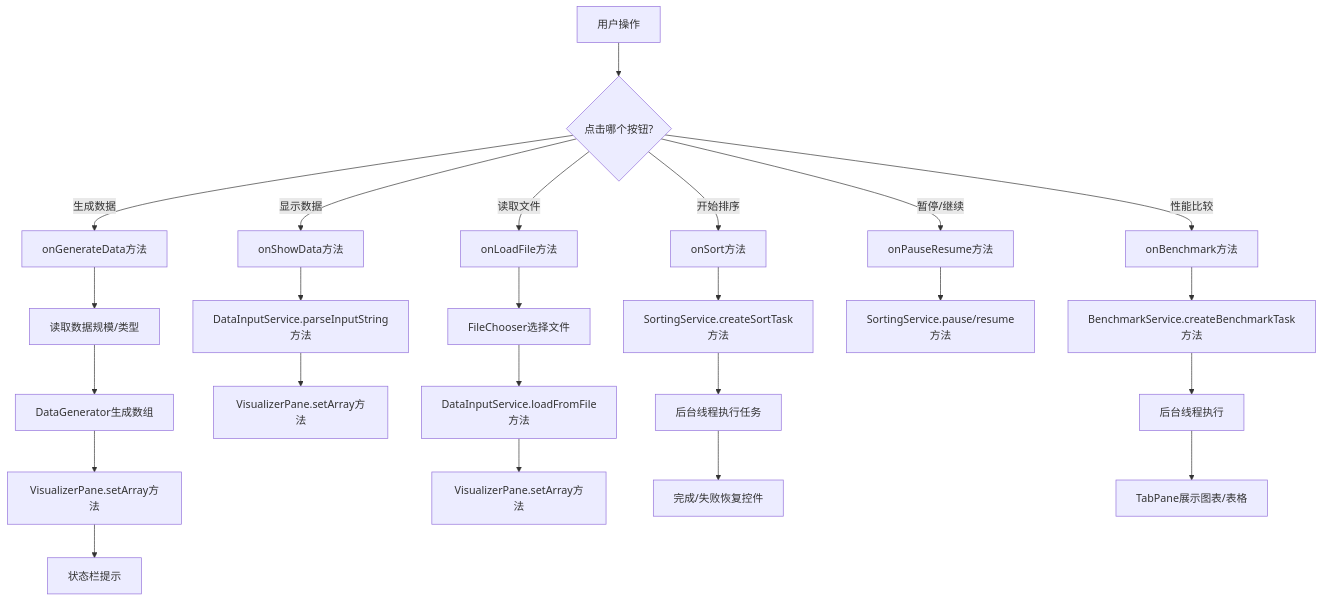
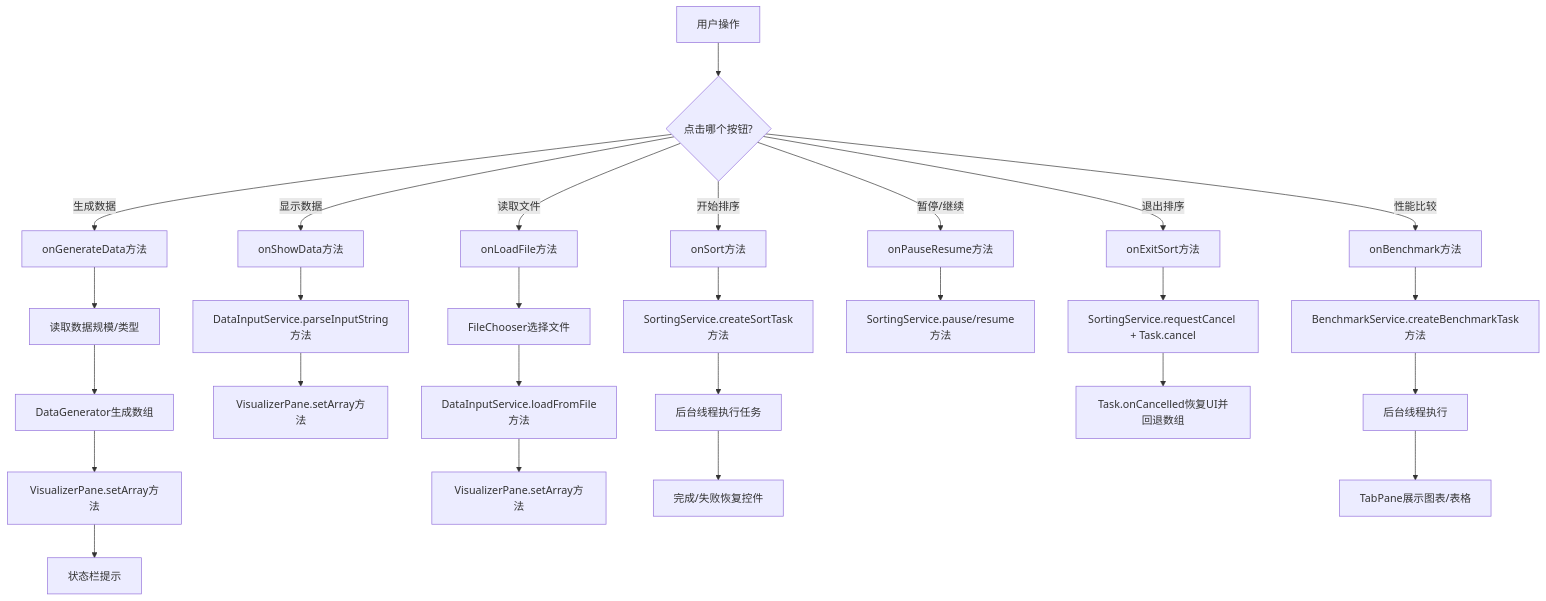
The second of 16 diagrams in 详细设计与编码调试分析_中文版.md (emmm-2333/sorting-visualizer-java), drawn with Mermaid before and after one commit. The commit also changed other lines of this file and 2 other files, not shown here.

````diff
--- a/详细设计与编码调试分析_中文版.md
+++ b/详细设计与编码调试分析_中文版.md
@@ -169,32 +176,36 @@
 ```mermaid
 flowchart TD
   A[用户操作] --> B{点击哪个按钮?}
 
   B -->|生成数据| C[onGenerateData方法]
   C --> C1[读取数据规模/类型]
   C1 --> C2[DataGenerator生成数组]
   C2 --> C3[VisualizerPane.setArray方法]
   C3 --> C4[状态栏提示]
 
   B -->|显示数据| D[onShowData方法]
   D --> D1[DataInputService.parseInputString方法]
   D1 --> D2[VisualizerPane.setArray方法]
 
   B -->|读取文件| E[onLoadFile方法]
   E --> E1[FileChooser选择文件]
   E1 --> E2[DataInputService.loadFromFile方法]
   E2 --> E3[VisualizerPane.setArray方法]
 
   B -->|开始排序| F[onSort方法]
   F --> F1[SortingService.createSortTask方法]
   F1 --> F2[后台线程执行任务]
   F2 --> F3[完成/失败恢复控件]
 
   B -->|暂停/继续| G[onPauseResume方法]
   G --> G1[SortingService.pause/resume方法]
 
+  B -->|退出排序| X[onExitSort方法]
+  X --> X1[SortingService.requestCancel + Task.cancel]
+  X1 --> X2[Task.onCancelled恢复UI并回退数组]
+
   B -->|性能比较| H[onBenchmark方法]
   H --> H1[BenchmarkService.createBenchmarkTask方法]
   H1 --> H2[后台线程执行]
   H2 --> H3[TabPane展示图表/表格]
 ```
````
